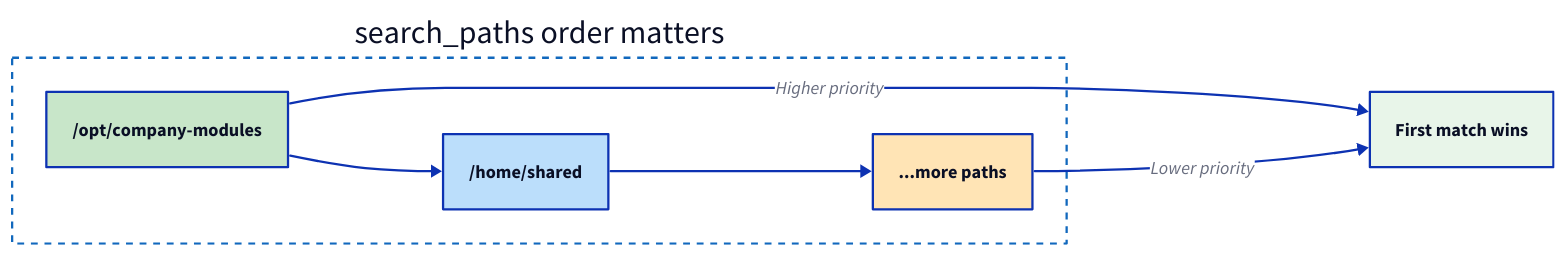
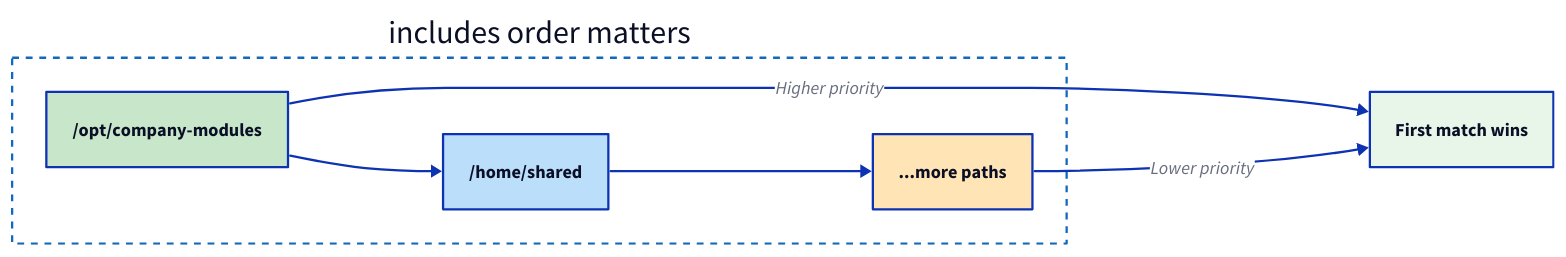
The diagram in docs/diagrams/flowcharts/discovery-search-paths.d2 (invowk/invowk), drawn with D2 before and after one commit. The commit also changed 39 other files, not shown here. The source asks for the TALA layout; these drawings use dagre instead.

First line of the commit message:
refactor(config): unify search_paths and module_aliases into includes

```diff
--- a/docs/diagrams/flowcharts/discovery-search-paths.d2
+++ b/docs/diagrams/flowcharts/discovery-search-paths.d2
@@ -1,52 +1,52 @@
-# Search Paths Order Flowchart
+# Includes Order Flowchart
 #
-# Shows how search paths are processed in order,
-# with earlier paths having higher priority.
+# Shows how configured includes are processed in order,
+# with earlier entries having higher priority.
 #
 # Source: docs/architecture/flowchart-discovery.md
 
 vars: {
   d2-config: {
     layout-engine: tala
   }
 }
 
 direction: right
 
 # ==============================================================================
 # Search Paths Order
 # ==============================================================================
 
-paths: search_paths order matters {
+paths: includes order matters {
   style: {
     stroke: "#1168BD"
     stroke-dash: 3
     fill: transparent
   }
 
   P1: /opt/company-modules {
     style.fill: "#C8E6C9"
   }
 
   P2: /home/shared {
     style.fill: "#BBDEFB"
   }
 
   P3: ...more paths {
     style.fill: "#FFE4B5"
   }
 
   P1 -> P2
   P2 -> P3
 }
 
 # ==============================================================================
 # Priority Resolution
 # ==============================================================================
 
 Win: First match wins {
   style.fill: "#E8F5E9"
 }
 
 paths.P1 -> Win: Higher priority
 paths.P3 -> Win: Lower priority
```
